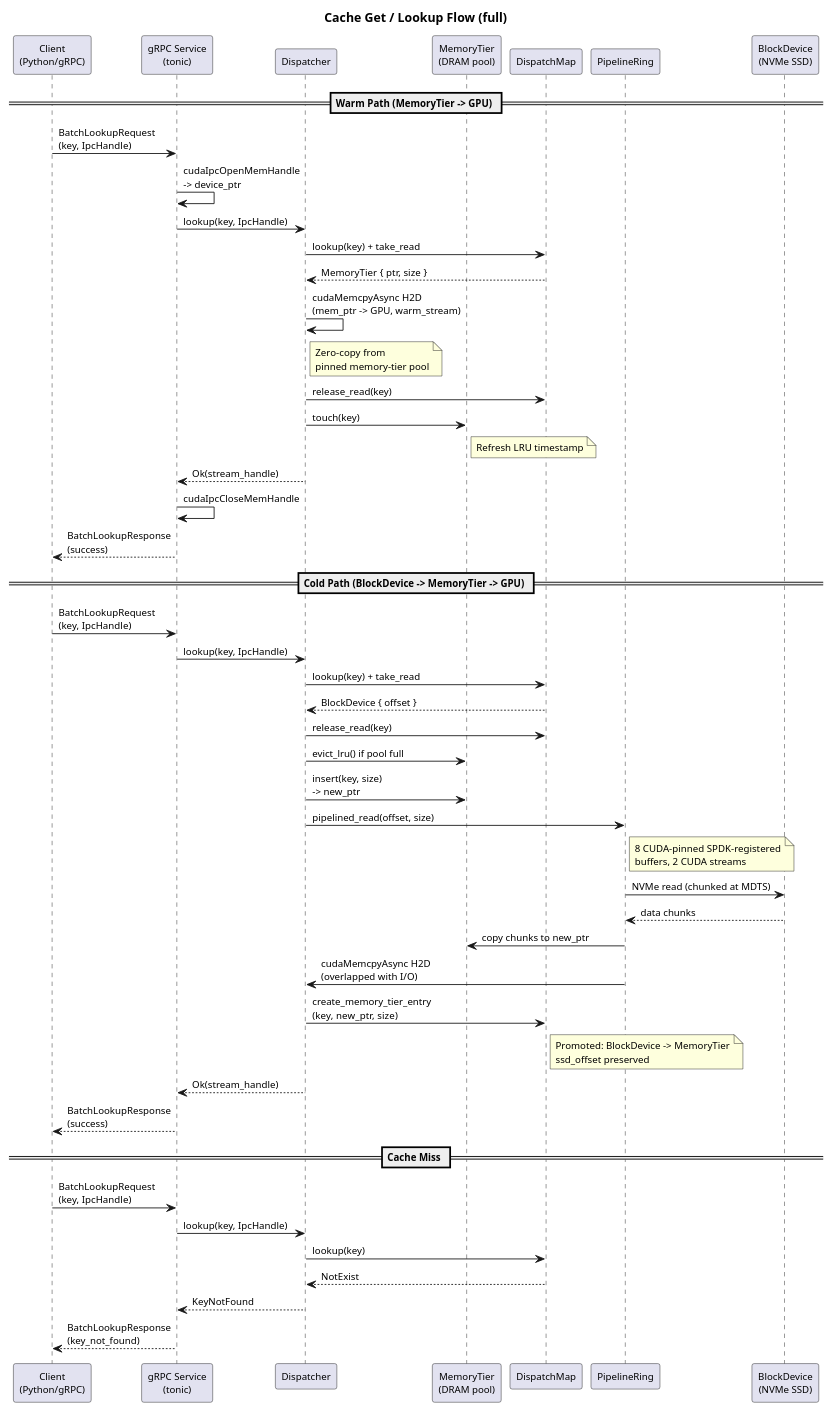
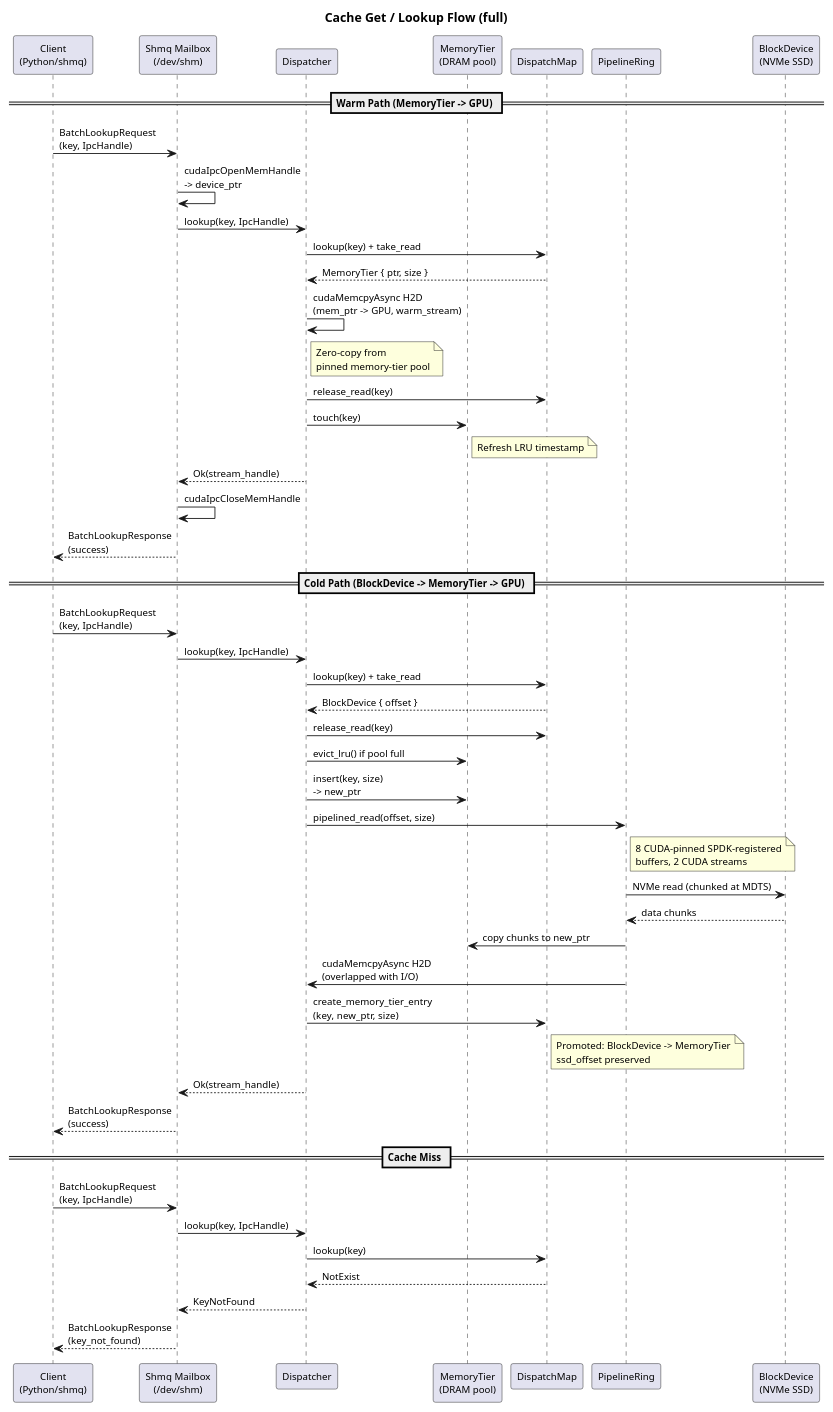
One commit to AI-native-Systems-Research/ai-native-storage-certus changed the diagram in design/profiles/full/design-spec-hit-flow.puml. Above: the diagram before and after it, drawn with PlantUML. The commit also changed 283 other files, not shown here.

First line of the commit message:
Remove gRPC; make shm-queue the sole control transport

```diff
--- a/design/profiles/full/design-spec-hit-flow.puml
+++ b/design/profiles/full/design-spec-hit-flow.puml
@@ -1,71 +1,71 @@
 @startuml
 skinparam shadowing false
 skinparam defaultFontSize 11
 
 title Cache Get / Lookup Flow (full)
 
-participant "Client\n(Python/gRPC)" as client
-participant "gRPC Service\n(tonic)" as grpc
+participant "Client\n(Python/shmq)" as client
+participant "Shmq Mailbox\n(/dev/shm)" as shmq
 participant "Dispatcher" as disp
 participant "MemoryTier\n(DRAM pool)" as mt
 participant "DispatchMap" as dm
 participant "PipelineRing" as pr
 participant "BlockDevice\n(NVMe SSD)" as ssd
 
 == Warm Path (MemoryTier -> GPU) ==
 
-client -> grpc: BatchLookupRequest\n(key, IpcHandle)
-grpc -> grpc: cudaIpcOpenMemHandle\n-> device_ptr
-grpc -> disp: lookup(key, IpcHandle)
+client -> shmq: BatchLookupRequest\n(key, IpcHandle)
+shmq -> shmq: cudaIpcOpenMemHandle\n-> device_ptr
+shmq -> disp: lookup(key, IpcHandle)
 
 disp -> dm: lookup(key) + take_read
 dm --> disp: MemoryTier { ptr, size }
 
 disp -> disp: cudaMemcpyAsync H2D\n(mem_ptr -> GPU, warm_stream)
 note right of disp: Zero-copy from\npinned memory-tier pool
 
 disp -> dm: release_read(key)
 disp -> mt: touch(key)
 note right of mt: Refresh LRU timestamp
 
-disp --> grpc: Ok(stream_handle)
-grpc -> grpc: cudaIpcCloseMemHandle
-grpc --> client: BatchLookupResponse\n(success)
+disp --> shmq: Ok(stream_handle)
+shmq -> shmq: cudaIpcCloseMemHandle
+shmq --> client: BatchLookupResponse\n(success)
 
 == Cold Path (BlockDevice -> MemoryTier -> GPU) ==
 
-client -> grpc: BatchLookupRequest\n(key, IpcHandle)
-grpc -> disp: lookup(key, IpcHandle)
+client -> shmq: BatchLookupRequest\n(key, IpcHandle)
+shmq -> disp: lookup(key, IpcHandle)
 
 disp -> dm: lookup(key) + take_read
 dm --> disp: BlockDevice { offset }
 disp -> dm: release_read(key)
 
 disp -> mt: evict_lru() if pool full
 disp -> mt: insert(key, size)\n-> new_ptr
 
 disp -> pr: pipelined_read(offset, size)
 note right of pr: 8 CUDA-pinned SPDK-registered\nbuffers, 2 CUDA streams
 pr -> ssd: NVMe read (chunked at MDTS)
 ssd --> pr: data chunks
 pr -> mt: copy chunks to new_ptr
 pr -> disp: cudaMemcpyAsync H2D\n(overlapped with I/O)
 
 disp -> dm: create_memory_tier_entry\n(key, new_ptr, size)
 note right of dm: Promoted: BlockDevice -> MemoryTier\nssd_offset preserved
 
-disp --> grpc: Ok(stream_handle)
-grpc --> client: BatchLookupResponse\n(success)
+disp --> shmq: Ok(stream_handle)
+shmq --> client: BatchLookupResponse\n(success)
 
 == Cache Miss ==
 
-client -> grpc: BatchLookupRequest\n(key, IpcHandle)
-grpc -> disp: lookup(key, IpcHandle)
+client -> shmq: BatchLookupRequest\n(key, IpcHandle)
+shmq -> disp: lookup(key, IpcHandle)
 
 disp -> dm: lookup(key)
 dm --> disp: NotExist
 
-disp --> grpc: KeyNotFound
-grpc --> client: BatchLookupResponse\n(key_not_found)
+disp --> shmq: KeyNotFound
+shmq --> client: BatchLookupResponse\n(key_not_found)
 
 @enduml
```
